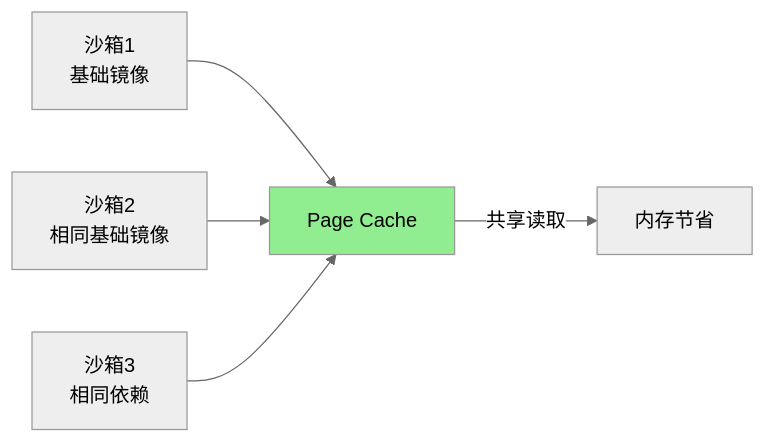
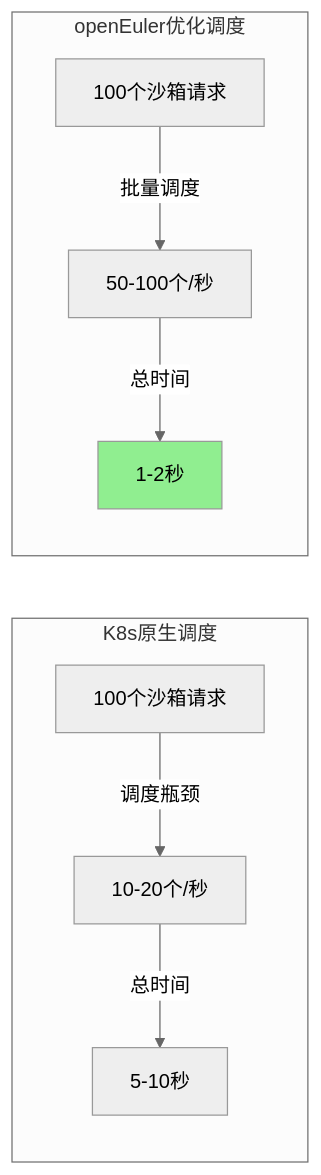
One commit to QJWang23/sandbox changed diagram 13 of 20 in docs/superpowers/specs/2026-03-22-agent-sandbox-technical-roadmap.md. Above: the diagram before and after it, drawn with Mermaid (neutral theme). The commit also changed other lines of this file, not shown here.

First line of the commit message:
Update technical roadmap with production scenarios focus

````diff
--- a/docs/superpowers/specs/2026-03-22-agent-sandbox-technical-roadmap.md
+++ b/docs/superpowers/specs/2026-03-22-agent-sandbox-technical-roadmap.md
@@ -473,9 +499,14 @@
 ```mermaid
 graph LR
-    A[沙箱1<br/>基础镜像] --> B[Page Cache]
-    C[沙箱2<br/>相同基础镜像] --> B
-    D[沙箱3<br/>相同依赖] --> B
-    B -->|共享读取| E[内存节省]
+    subgraph "K8s原生调度"
+        A[100个沙箱请求] -->|调度瓶颈| B[10-20个/秒]
+        B -->|总时间| C[5-10秒]
+    end
 
-    style B fill:#90EE90
+    subgraph "openEuler优化调度"
+        D[100个沙箱请求] -->|批量调度| E[50-100个/秒]
+        E -->|总时间| F[1-2秒]
+    end
+
+    style F fill:#90EE90
 ```
````
